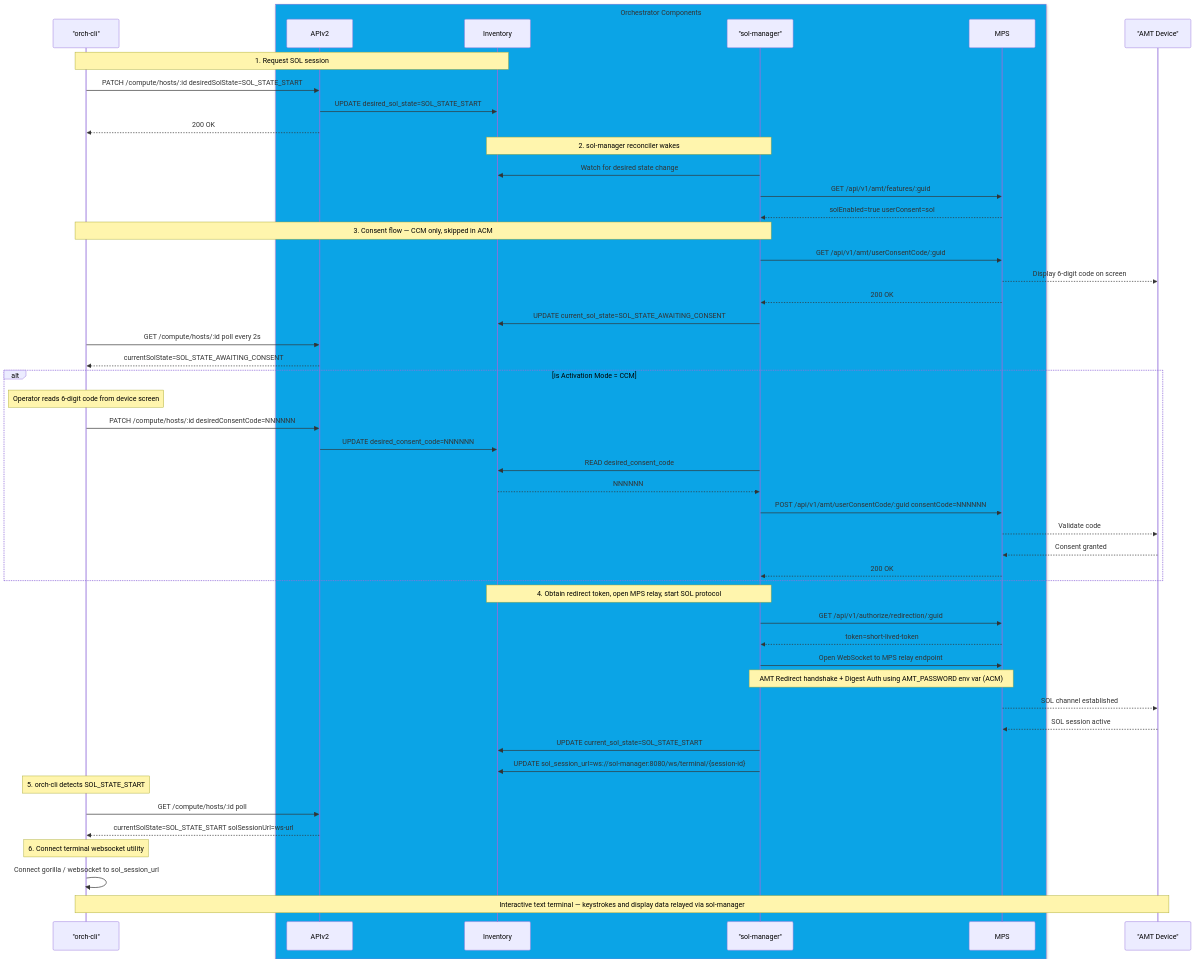
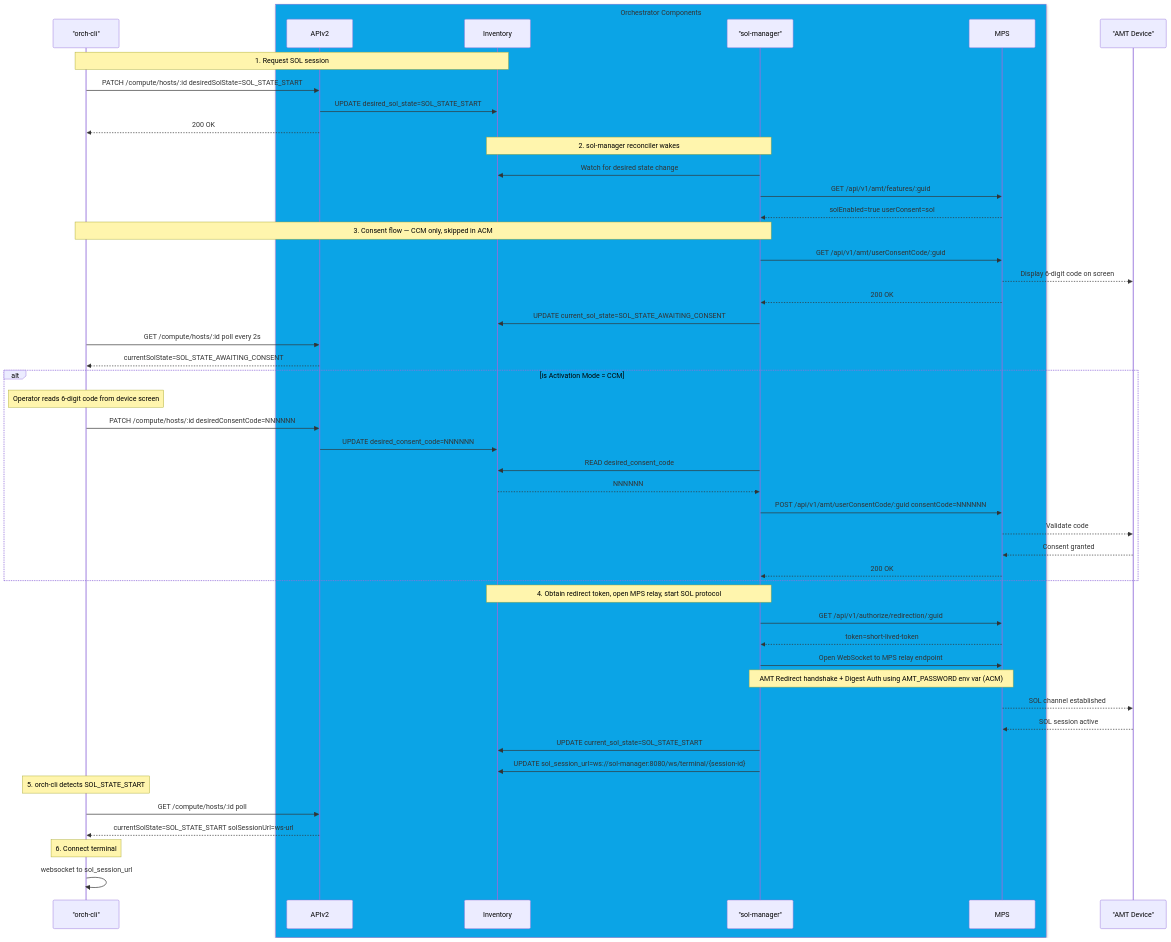
Before and after one commit to open-edge-platform/edge-manageability-framework: the second of 2 diagrams in design-proposals/vpro_sol_kvm.md, drawn with Mermaid.

````diff
--- a/design-proposals/vpro_sol_kvm.md
+++ b/design-proposals/vpro_sol_kvm.md
@@ -405,61 +405,60 @@
 ```mermaid
 sequenceDiagram
     participant CLI as "orch-cli"
 box rgba(11, 164, 230, 1) Orchestrator Components
     participant APIV2 as APIv2
     participant INV as Inventory
     participant SM as "sol-manager"
     participant MPS as MPS
 end
     participant AMT as "AMT Device"
 
     Note over CLI,INV: 1. Request SOL session
     CLI->>APIV2: PATCH /compute/hosts/:id desiredSolState=SOL_STATE_START
     APIV2->>INV: UPDATE desired_sol_state=SOL_STATE_START
     APIV2-->>CLI: 200 OK
 
     Note over SM,INV: 2. sol-manager reconciler wakes
     SM->>INV: Watch for desired state change
     SM->>MPS: GET /api/v1/amt/features/:guid
     MPS-->>SM: solEnabled=true userConsent=sol
 
     Note over SM,CLI: 3. Consent flow — CCM only, skipped in ACM
     SM->>MPS: GET /api/v1/amt/userConsentCode/:guid
     MPS-->>AMT: Display 6-digit code on screen
     MPS-->>SM: 200 OK
     SM->>INV: UPDATE current_sol_state=SOL_STATE_AWAITING_CONSENT
 
     CLI->>APIV2: GET /compute/hosts/:id poll every 2s
     APIV2-->>CLI: currentSolState=SOL_STATE_AWAITING_CONSENT
 
     alt is Activation Mode = CCM
     Note over CLI: Operator reads 6-digit code from device screen
     CLI->>APIV2: PATCH /compute/hosts/:id desiredConsentCode=NNNNNN
     APIV2->>INV: UPDATE desired_consent_code=NNNNNN
 
     SM->>INV: READ desired_consent_code
     INV-->>SM: NNNNNN
     SM->>MPS: POST /api/v1/amt/userConsentCode/:guid consentCode=NNNNNN
     MPS-->>AMT: Validate code
     AMT-->>MPS: Consent granted
     MPS-->>SM: 200 OK
     end
 
     Note over SM,INV: 4. Obtain redirect token, open MPS relay, start SOL protocol
     SM->>MPS: GET /api/v1/authorize/redirection/:guid
     MPS-->>SM: token=short-lived-token
     SM->>MPS: Open WebSocket to MPS relay endpoint
     Note over SM,MPS: AMT Redirect handshake + Digest Auth using AMT_PASSWORD env var (ACM)
     MPS-->>AMT: SOL channel established
     AMT-->>MPS: SOL session active
     SM->>INV: UPDATE current_sol_state=SOL_STATE_START
     SM->>INV: UPDATE sol_session_url=ws://sol-manager:8080/ws/terminal/{session-id}
 
     Note over CLI: 5. orch-cli detects SOL_STATE_START 
     CLI->>APIV2: GET /compute/hosts/:id poll
     APIV2-->>CLI: currentSolState=SOL_STATE_START solSessionUrl=ws-url
 
-    Note over CLI: 6. Connect terminal websocket utility
-    CLI->>CLI: Connect gorilla / websocket to sol_session_url
-    Note over CLI,AMT: Interactive text terminal — keystrokes and display data relayed via sol-manager
+    Note over CLI: 6. Connect terminal 
+    CLI->>CLI: websocket to sol_session_url
 ```
````
